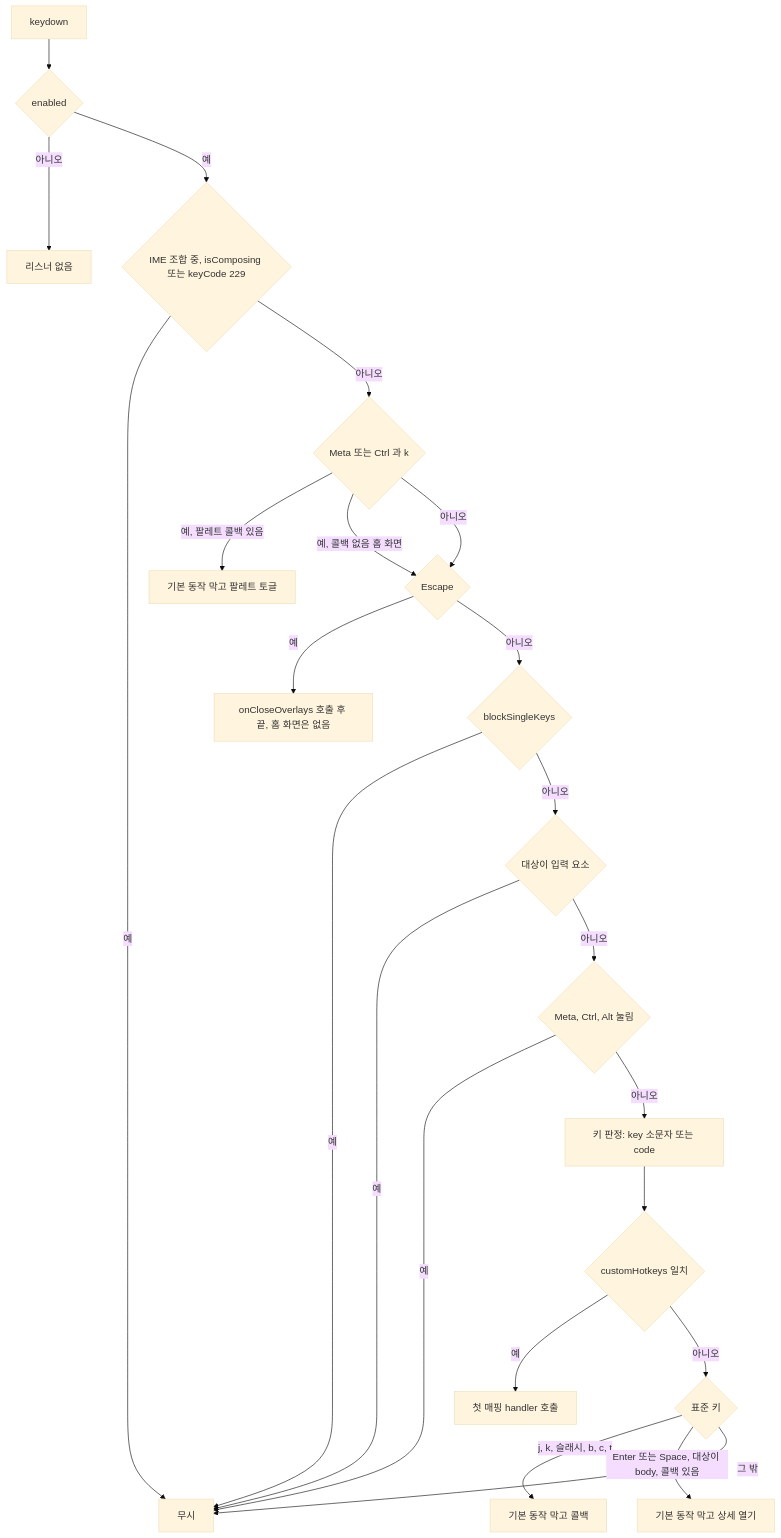
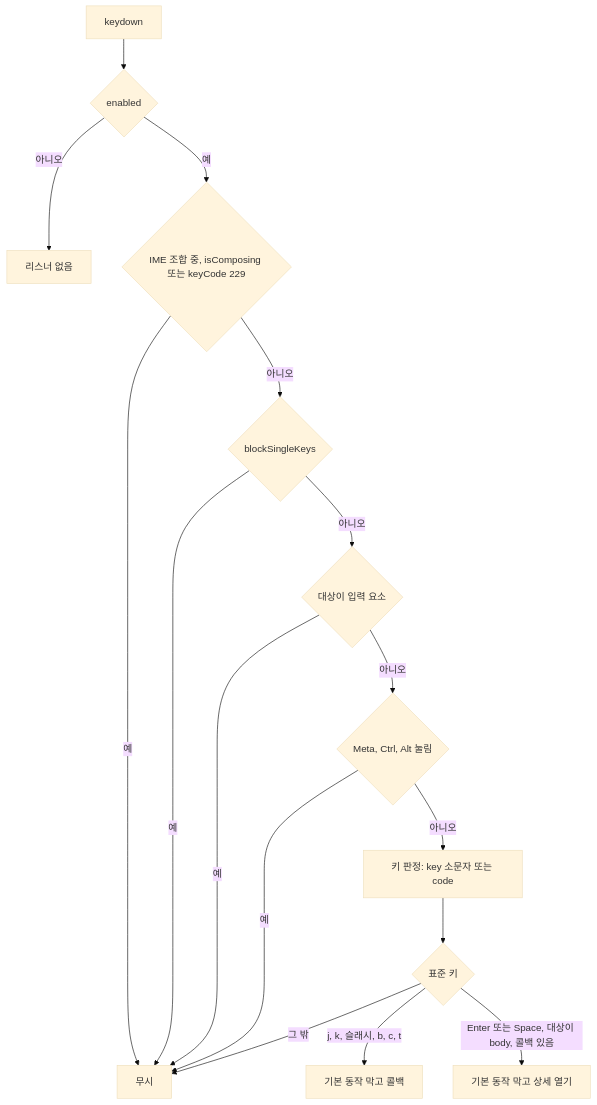
One commit to ozplayground/agent-lens changed the fifth of 14 diagrams in docs/spec-writer/fsd/07_UI_COMMON_SPECIFICATION.md. Above: the diagram before and after it, drawn with Mermaid (base theme). The commit also changed other lines of this file and 216 other files, not shown here.

````diff
--- a/docs/spec-writer/fsd/07_UI_COMMON_SPECIFICATION.md
+++ b/docs/spec-writer/fsd/07_UI_COMMON_SPECIFICATION.md
@@ -473,25 +479,18 @@
 ```mermaid
 flowchart TD
     A["keydown"] --> A1{"enabled"}
     A1 -->|아니오| Z["리스너 없음"]
     A1 -->|예| B{"IME 조합 중, isComposing 또는 keyCode 229"}
     B -->|예| X["무시"]
-    B -->|아니오| C{"Meta 또는 Ctrl 과 k"}
-    C -->|예, 팔레트 콜백 있음| C1["기본 동작 막고 팔레트 토글"]
-    C -->|예, 콜백 없음 홈 화면| D
-    C -->|아니오| D{"Escape"}
-    D -->|예| D1["onCloseOverlays 호출 후 끝, 홈 화면은 없음"]
-    D -->|아니오| E{"blockSingleKeys"}
+    B -->|아니오| E{"blockSingleKeys"}
     E -->|예| X
     E -->|아니오| F{"대상이 입력 요소"}
     F -->|예| X
     F -->|아니오| G{"Meta, Ctrl, Alt 눌림"}
     G -->|예| X
     G -->|아니오| H["키 판정: key 소문자 또는 code"]
-    H --> I{"customHotkeys 일치"}
-    I -->|예| I1["첫 매핑 handler 호출"]
-    I -->|아니오| J{"표준 키"}
+    H --> J{"표준 키"}
     J -->|j, k, 슬래시, b, c, t| K["기본 동작 막고 콜백"]
     J -->|Enter 또는 Space, 대상이 body, 콜백 있음| L["기본 동작 막고 상세 열기"]
     J -->|그 밖| X
 ```
````
